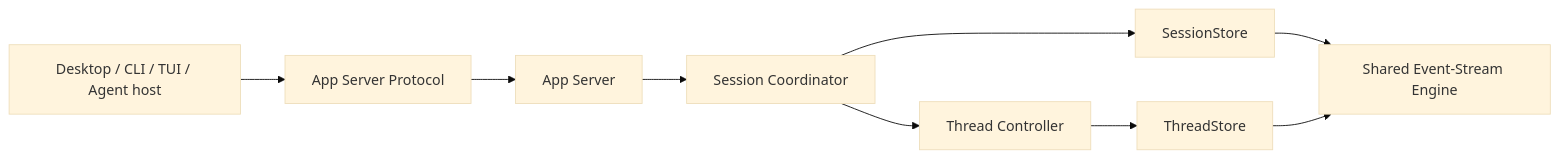
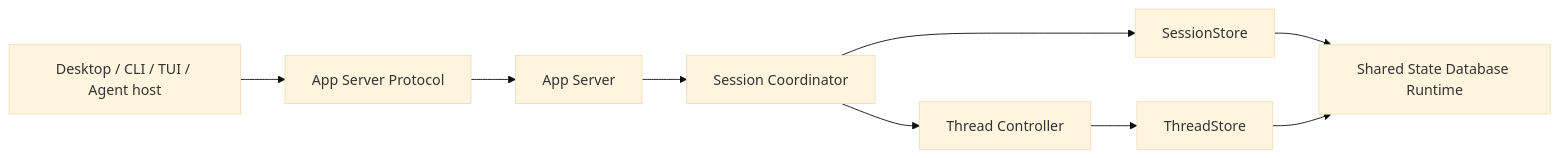
The diagram in docs/zeta-code-architecture-codex-style-v2.md (chogng/zeta), drawn with Mermaid (base theme) before and after one commit. The commit also changed other lines of this file and 98 other files, not shown here.

````diff
--- a/docs/zeta-code-architecture-codex-style-v2.md
+++ b/docs/zeta-code-architecture-codex-style-v2.md
@@ -30,11 +30,11 @@
 ```mermaid
 flowchart LR
     Client["Desktop / CLI / TUI / Agent host"] --> API["App Server Protocol"]
     API --> Server["App Server"]
     Server --> SR["Session Coordinator"]
     SR --> TR["Thread Controller"]
     SR --> SS["SessionStore"]
     TR --> TS["ThreadStore"]
-    SS --> ES["Shared Event-Stream Engine"]
+    SS --> ES["Shared State Database Runtime"]
     TS --> ES
 ```
````
